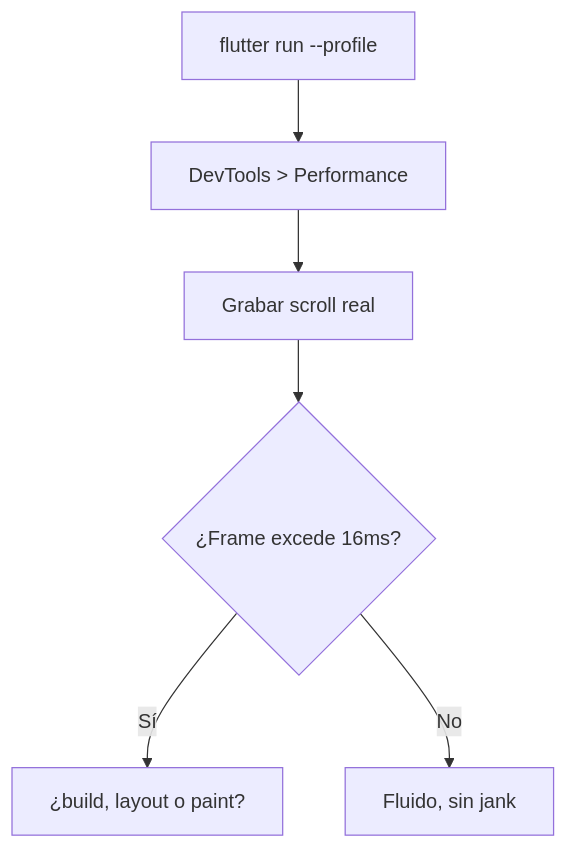
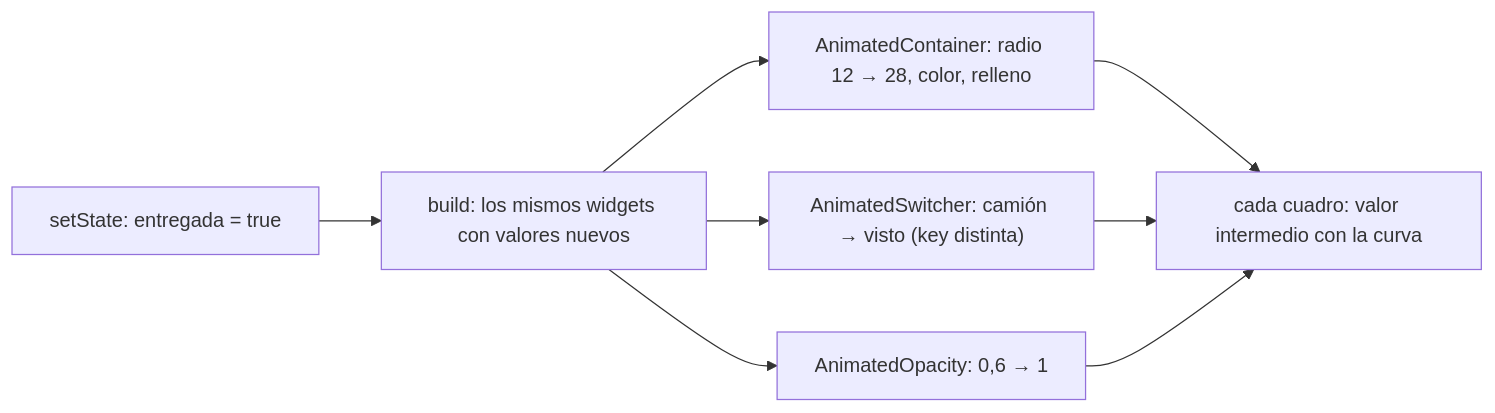
One commit to NICORUIZ93/The_Imperial_Book changed the first of 5 diagrams in web/public/content/flutter/modulo-8.md. Above: the diagram before and after it, drawn with Mermaid. The commit also changed other lines of this file and 10 other files, not shown here.

First line of the commit message:
Flutter, Módulo 8: animaciones cuadro a cuadro y rendimiento medido

````diff
--- a/web/public/content/flutter/modulo-8.md
+++ b/web/public/content/flutter/modulo-8.md
@@ -171,8 +126,10 @@
 ```mermaid
-flowchart TD
-    A["flutter run --profile"] --> B["DevTools > Performance"]
-    B --> C["Grabar scroll real"]
-    C --> D{"¿Frame excede 16ms?"}
-    D -->|Sí| E["¿build, layout o paint?"]
-    D -->|No| F["Fluido, sin jank"]
+flowchart LR
+    A["setState: entregada = true"] --> B["build: los mismos widgets con valores nuevos"]
+    B --> C["AnimatedContainer: radio 12 → 28, color, relleno"]
+    B --> D["AnimatedSwitcher: camión → visto (key distinta)"]
+    B --> E["AnimatedOpacity: 0,6 → 1"]
+    C --> F["cada cuadro: valor intermedio con la curva"]
+    D --> F
+    E --> F
 ```
````
